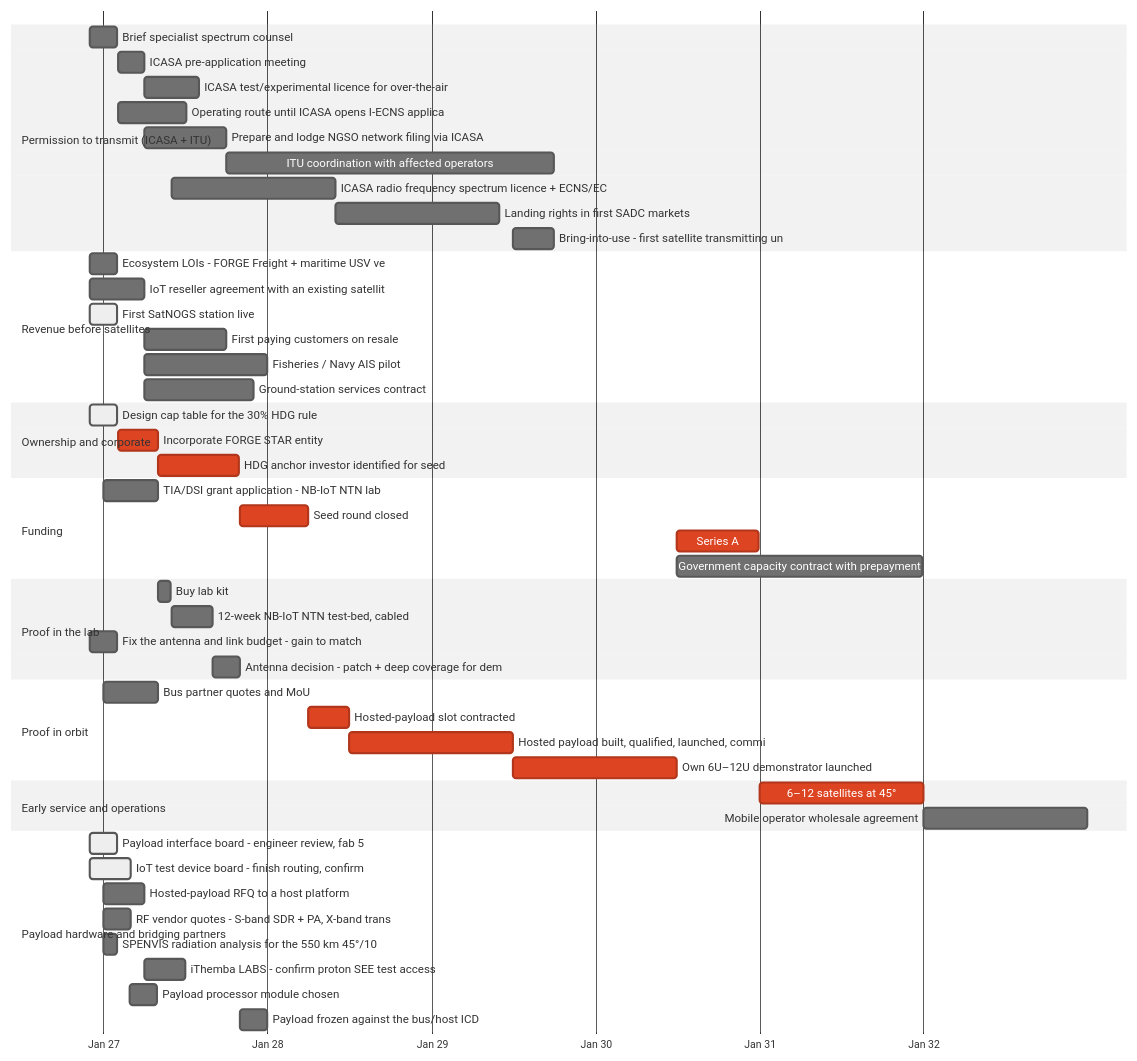
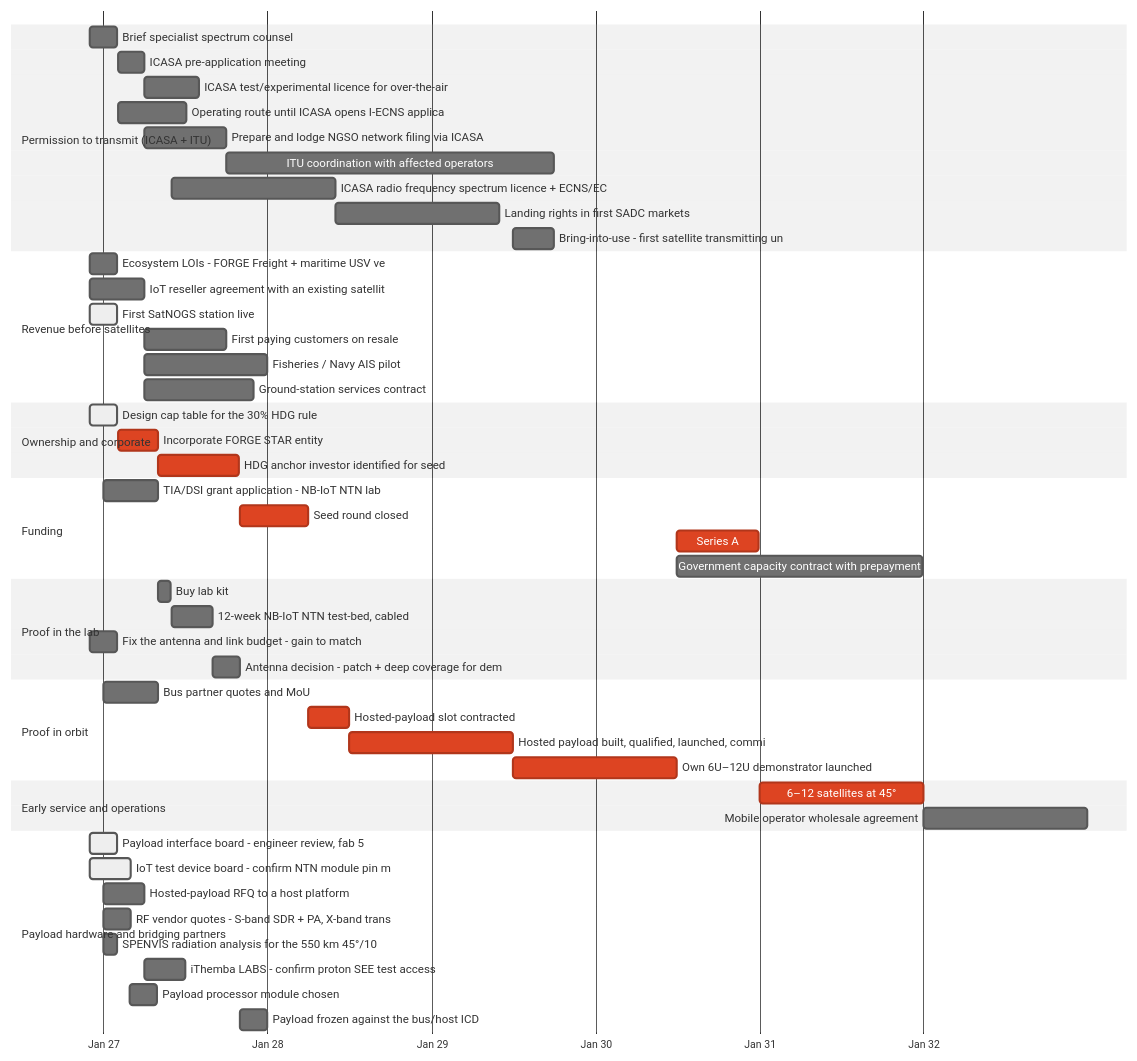
One commit to KHAYAAI/FORGE-STAR changed the diagram in readiness/STATUS.md. Above: the diagram before and after it, drawn with Mermaid (neutral theme). The commit also changed other lines of this file and 78 other files, not shown here.

````diff
--- a/readiness/STATUS.md
+++ b/readiness/STATUS.md
@@ -90,53 +90,53 @@
 ```mermaid
 gantt
   dateFormat YYYY-MM-DD
   axisFormat %b %y
   section Permission to transmit (ICASA + ITU)
   Brief specialist spectrum counsel :S1, 2026-12-01, 60d
   ICASA pre-application meeting :S2, 2027-02-01, 60d
   ICASA test/experimental licence for over-the-air :S3, 2027-04-01, 121d
   Operating route until ICASA opens I-ECNS applica :S9, 2027-02-01, 152d
   Prepare and lodge NGSO network filing via ICASA  :S4, 2027-04-01, 182d
   ITU coordination with affected operators :S5, 2027-10-01, 729d
   ICASA radio frequency spectrum licence + ECNS/EC :S6, 2027-06-01, 364d
   Landing rights in first SADC markets :S7, 2028-06-01, 364d
   Bring-into-use - first satellite transmitting un :S8, 2029-07-01, 91d
   section Revenue before satellites
   Ecosystem LOIs - FORGE Freight + maritime USV ve :C1, 2026-12-01, 60d
   IoT reseller agreement with an existing satellit :C2, 2026-12-01, 121d
   First SatNOGS station live :active, C3, 2026-12-01, 60d
   First paying customers on resale :C4, 2027-04-01, 182d
   Fisheries / Navy AIS pilot :C5, 2027-04-01, 273d
   Ground-station services contract :C6, 2027-04-01, 243d
   section Ownership and corporate
   Design cap table for the 30% HDG rule :active, O1, 2026-12-01, 60d
   Incorporate FORGE STAR entity :crit, O2, 2027-02-01, 91d
   HDG anchor investor identified for seed :crit, O3, 2027-05-01, 182d
   section Funding
   TIA/DSI grant application - NB-IoT NTN lab :F1, 2027-01-01, 121d
   Seed round closed :crit, F2, 2027-11-01, 152d
   Series A :crit, F3, 2030-07-01, 182d
   Government capacity contract with prepayment :F4, 2030-07-01, 547d
   section Proof in the lab
   Buy lab kit :L1, 2027-05-01, 30d
   12-week NB-IoT NTN test-bed, cabled :L2, 2027-06-01, 91d
   Fix the antenna and link budget - gain to match  :L4, 2026-12-01, 60d
   Antenna decision - patch + deep coverage for dem :L3, 2027-09-01, 60d
   section Proof in orbit
   Bus partner quotes and MoU :R1, 2027-01-01, 121d
   Hosted-payload slot contracted :crit, R2, 2028-04-01, 91d
   Hosted payload built, qualified, launched, commi :crit, R3, 2028-07-01, 364d
   Own 6U–12U demonstrator launched :crit, R4, 2029-07-01, 364d
   section Early service and operations
   6–12 satellites at 45° :crit, V1, 2031-01-01, 364d
   Mobile operator wholesale agreement :V2, 2032-01-01, 364d
   section Payload hardware and bridging partners
   Payload interface board - engineer review, fab 5 :active, H1, 2026-12-01, 60d
-  IoT test device board - finish routing, confirm  :active, H8, 2026-12-01, 91d
+  IoT test device board - confirm NTN module pin m :active, H8, 2026-12-01, 91d
   Hosted-payload RFQ to a host platform :H2, 2027-01-01, 91d
   RF vendor quotes - S-band SDR + PA, X-band trans :H3, 2027-01-01, 60d
   SPENVIS radiation analysis for the 550 km 45°/10 :H4, 2027-01-01, 30d
   iThemba LABS - confirm proton SEE test access :H5, 2027-04-01, 91d
   Payload processor module chosen :H6, 2027-03-01, 60d
   Payload frozen against the bus/host ICD :H7, 2027-11-01, 60d
 ```
````
